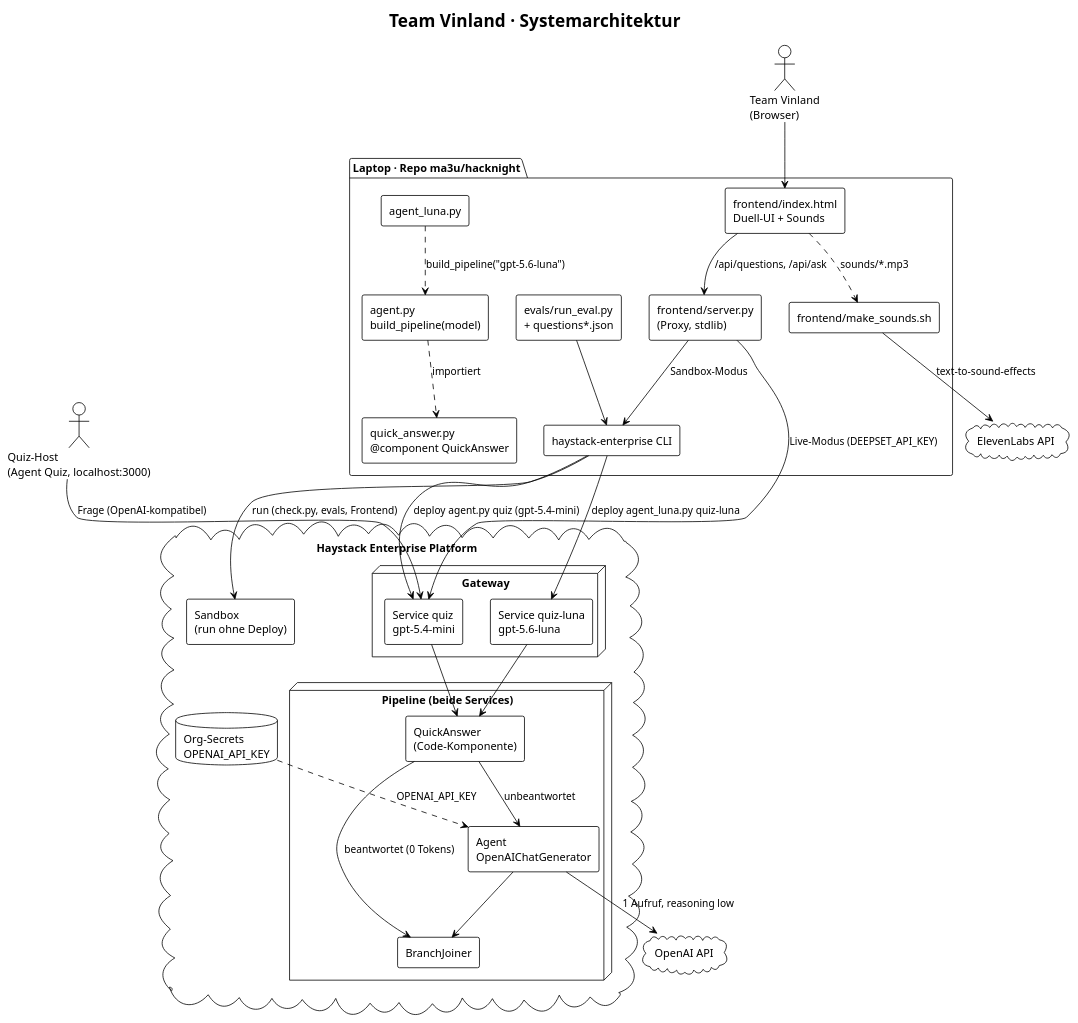
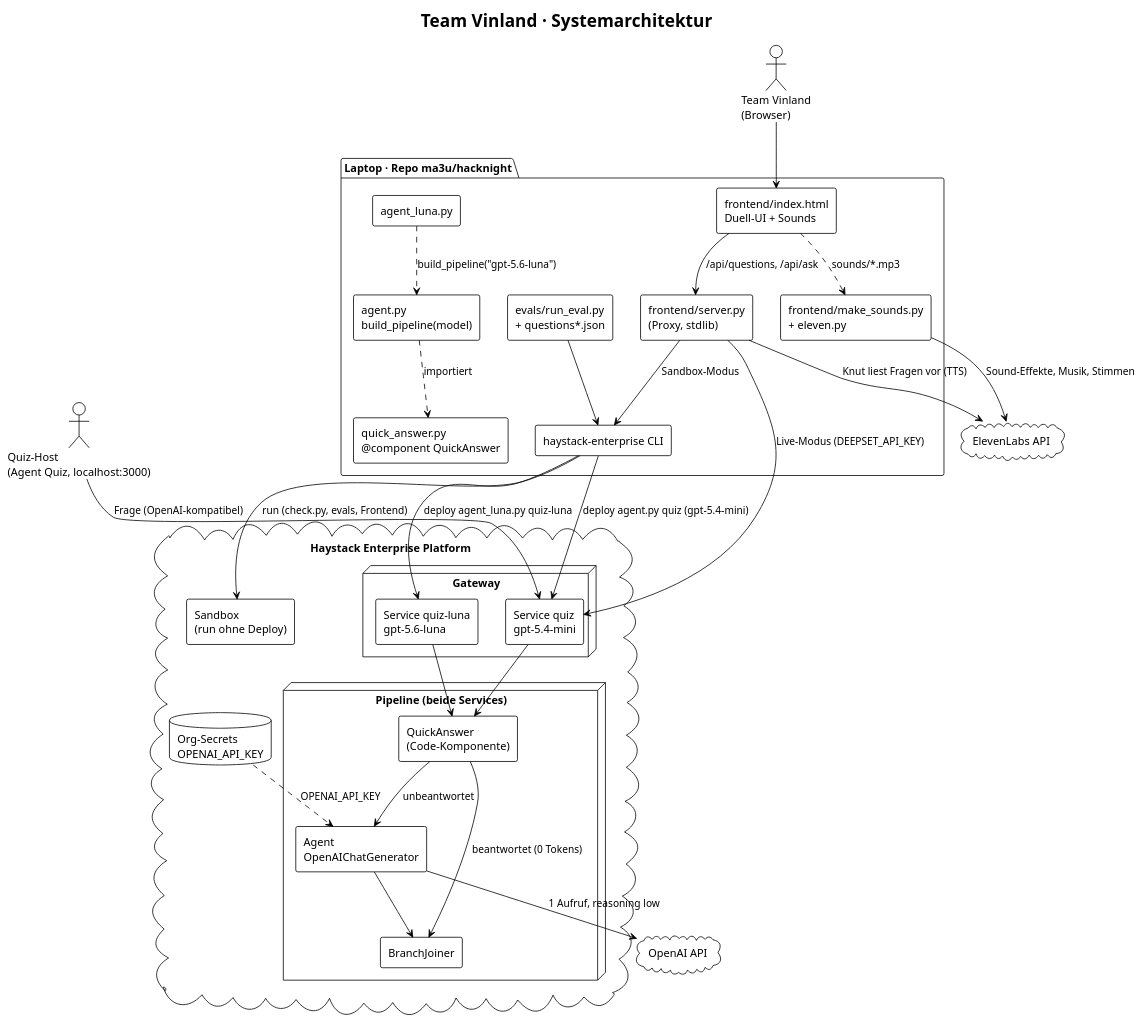
One commit to ma3u/hacknight changed the first of 4 diagrams in docs/STRATEGY.md. Above: the diagram before and after it, drawn with PlantUML. The commit also changed other lines of this file and 22 other files, not shown here.

First line of the commit message:
Add ElevenLabs sounds and voices, fair agent timing, results table, 1000-question table

````diff
--- a/docs/STRATEGY.md
+++ b/docs/STRATEGY.md
@@ -28,61 +28,62 @@
 ```plantuml
 @startuml architecture
 !theme plain
 skinparam componentStyle rectangle
 skinparam shadowing false
 title Team Vinland · Systemarchitektur
 
 actor "Quiz-Host\n(Agent Quiz, localhost:3000)" as Host
 actor "Team Vinland\n(Browser)" as Team
 
 package "Laptop · Repo ma3u/hacknight" {
   [agent.py\nbuild_pipeline(model)] as AgentPy
   [agent_luna.py] as LunaPy
   [quick_answer.py\n@component QuickAnswer] as QA
   [evals/run_eval.py\n+ questions*.json] as Evals
   [frontend/server.py\n(Proxy, stdlib)] as Server
   [frontend/index.html\nDuell-UI + Sounds] as UI
-  [frontend/make_sounds.sh] as Sounds
+  [frontend/make_sounds.py\n+ eleven.py] as Sounds
   [haystack-enterprise CLI] as CLI
 }
 
 cloud "Haystack Enterprise Platform" {
   node "Gateway" {
     [Service quiz\ngpt-5.4-mini] as SvcQuiz
     [Service quiz-luna\ngpt-5.6-luna] as SvcLuna
   }
   node "Pipeline (beide Services)" {
     [QuickAnswer\n(Code-Komponente)] as PQA
     [Agent\nOpenAIChatGenerator] as PAgent
     [BranchJoiner] as PJoin
   }
   [Sandbox\n(run ohne Deploy)] as Sandbox
   database "Org-Secrets\nOPENAI_API_KEY" as Secrets
 }
 
 cloud "OpenAI API" as OpenAI
 cloud "ElevenLabs API" as Eleven
 
 AgentPy ..> QA : importiert
 LunaPy ..> AgentPy : build_pipeline("gpt-5.6-luna")
 CLI --> SvcQuiz : deploy agent.py quiz (gpt-5.4-mini)
 CLI --> SvcLuna : deploy agent_luna.py quiz-luna
 CLI --> Sandbox : run (check.py, evals, Frontend)
 Evals --> CLI
 Server --> CLI : Sandbox-Modus
 Server --> SvcQuiz : Live-Modus (DEEPSET_API_KEY)
 UI --> Server : /api/questions, /api/ask
 Team --> UI
-Sounds --> Eleven : text-to-sound-effects
+Sounds --> Eleven : Sound-Effekte, Musik, Stimmen
+Server --> Eleven : Knut liest Fragen vor (TTS)
 UI ..> Sounds : sounds/*.mp3
 
 Host --> SvcQuiz : Frage (OpenAI-kompatibel)
 SvcQuiz --> PQA
 SvcLuna --> PQA
 PQA --> PJoin : beantwortet (0 Tokens)
 PQA --> PAgent : unbeantwortet
 PAgent --> PJoin
 PAgent --> OpenAI : 1 Aufruf, reasoning low
 Secrets ..> PAgent : OPENAI_API_KEY
 @enduml
 ```
````
